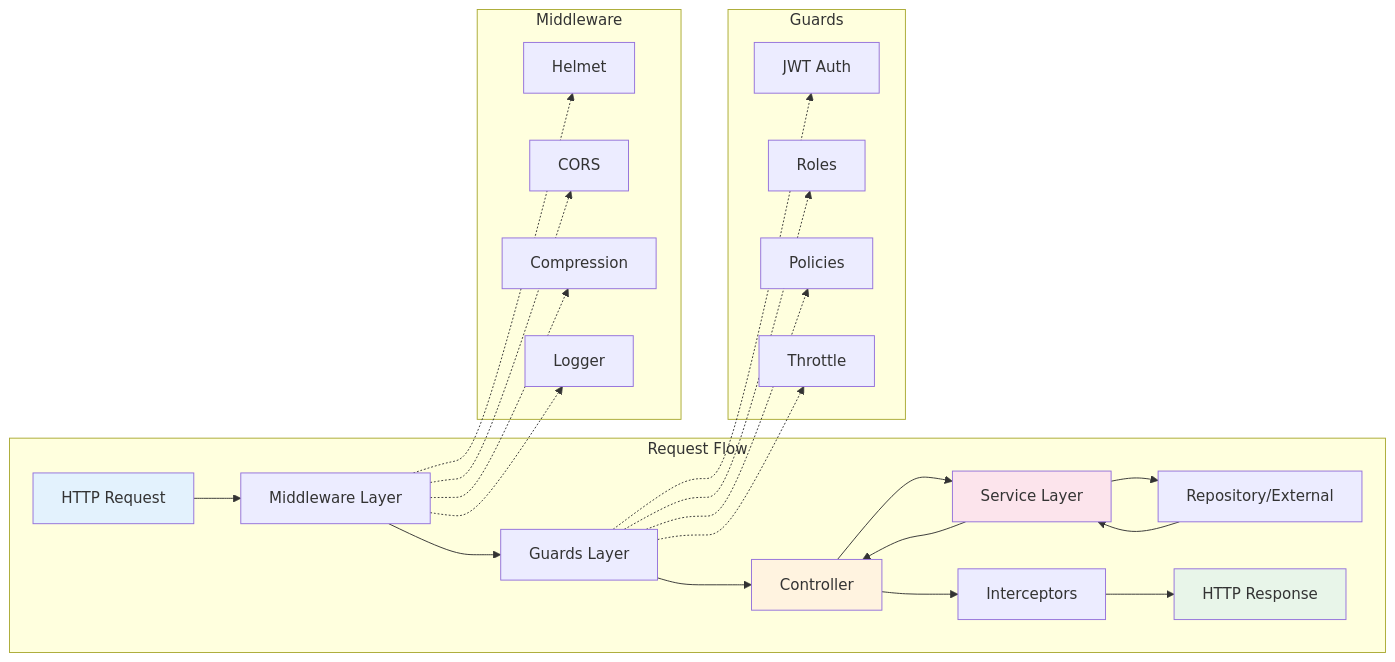
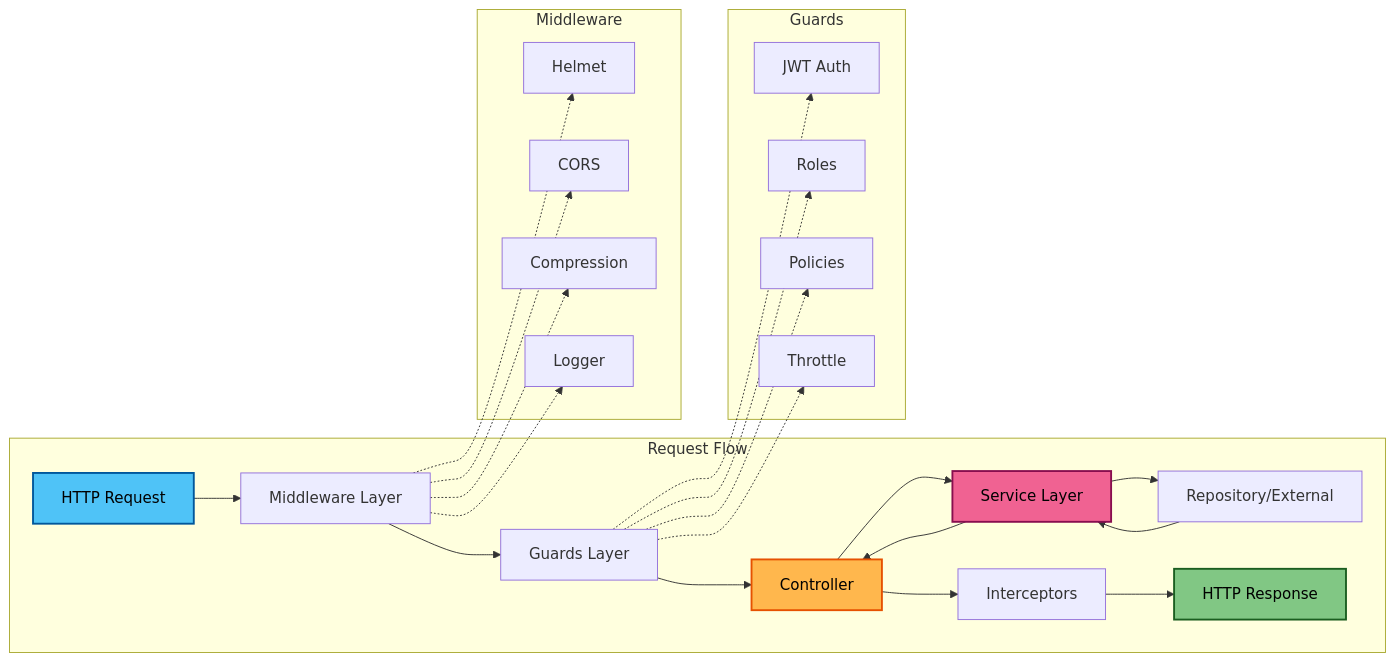
The second of 4 diagrams in README.md (kerolos-saaid/jules-noilerplate), drawn with Mermaid before and after one commit. The commit also changed other lines of this file, not shown here.

Commit message:
Improve README diagram colors for better contrast

````diff
--- a/README.md
+++ b/README.md
@@ -244,42 +244,42 @@
 ```mermaid
 graph LR
     subgraph "Request Flow"
         A[HTTP Request] --> B[Middleware Layer]
         B --> C[Guards Layer]
         C --> D[Controller]
         D --> E[Service Layer]
         E --> F[Repository/External]
         F --> E
         E --> D
         D --> G[Interceptors]
         G --> H[HTTP Response]
     end
     
     subgraph "Middleware"
         B1[Helmet]
         B2[CORS]
         B3[Compression]
         B4[Logger]
     end
     
     subgraph "Guards"
         C1[JWT Auth]
         C2[Roles]
         C3[Policies]
         C4[Throttle]
     end
     
     B -.-> B1
     B -.-> B2
     B -.-> B3
     B -.-> B4
     C -.-> C1
     C -.-> C2
     C -.-> C3
     C -.-> C4
     
-    style A fill:#e3f2fd
-    style H fill:#e8f5e9
-    style D fill:#fff3e0
-    style E fill:#fce4ec
+    style A fill:#4fc3f7,stroke:#01579b,stroke-width:2px,color:#000
+    style H fill:#81c784,stroke:#1b5e20,stroke-width:2px,color:#000
+    style D fill:#ffb74d,stroke:#e65100,stroke-width:2px,color:#000
+    style E fill:#f06292,stroke:#880e4f,stroke-width:2px,color:#000
 ```
````
